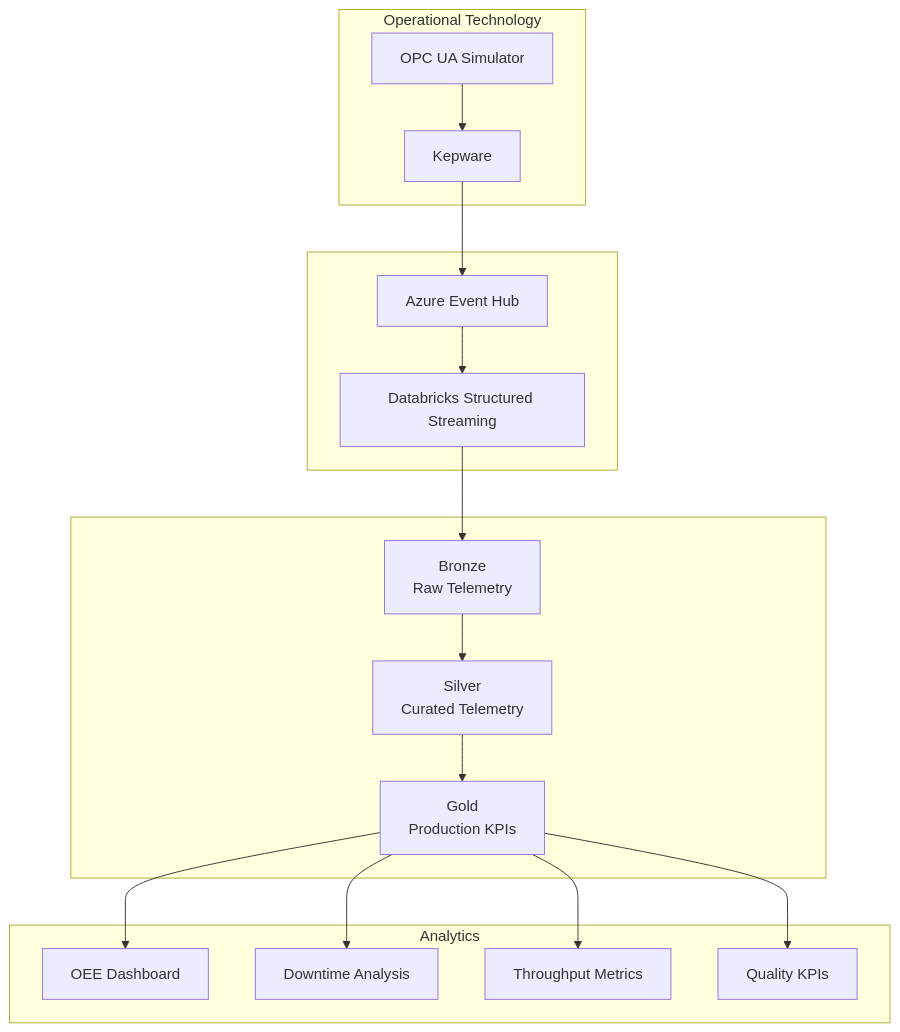
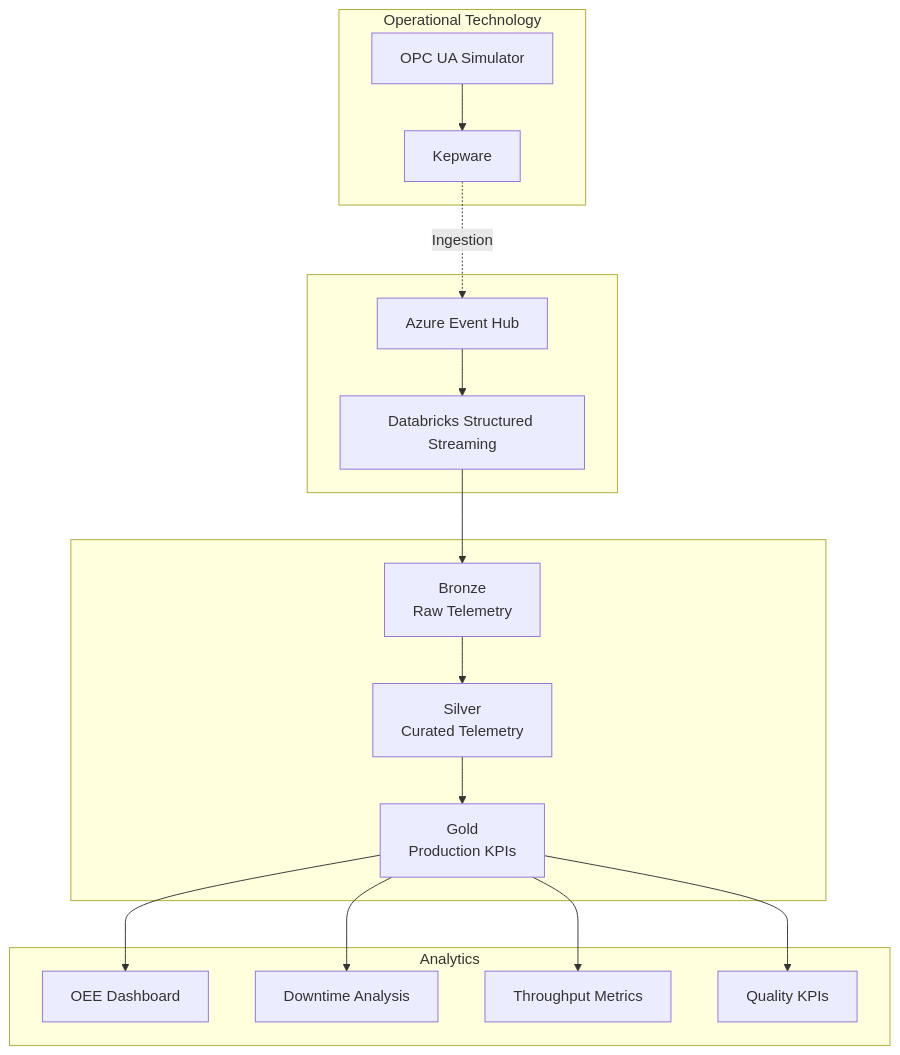
One commit to Solveright/OEE-Analytics changed the diagram in README.md. Above: the diagram before and after it, drawn with Mermaid.

````diff
--- a/README.md
+++ b/README.md
@@ -16,39 +16,38 @@
 ```mermaid
 flowchart TB
 
     subgraph OT["Operational Technology"]
         OPC["OPC UA Simulator"]
         KEP["Kepware"]
     end
 
     subgraph Ingestion[" "]
         EH["Azure Event Hub"]
         STREAM["Databricks Structured Streaming"]
     end
 
     subgraph Lakehouse[" "]
         Bronze["Bronze<br/>Raw Telemetry"]
         Silver["Silver<br/>Curated Telemetry"]
         Gold["Gold<br/>Production KPIs"]
     end
 
     subgraph Analytics["Analytics"]
         OEE["OEE Dashboard"]
         Downtime["Downtime Analysis"]
         Throughput["Throughput Metrics"]
         Quality["Quality KPIs"]
     end
-
     OPC --> KEP
-    KEP --> EH
+    KEP -. Ingestion .-> EH
     EH --> STREAM
 
     STREAM --> Bronze
     Bronze --> Silver
     Silver --> Gold
 
     Gold --> OEE
     Gold --> Downtime
     Gold --> Throughput
     Gold --> Quality
 ```
````
